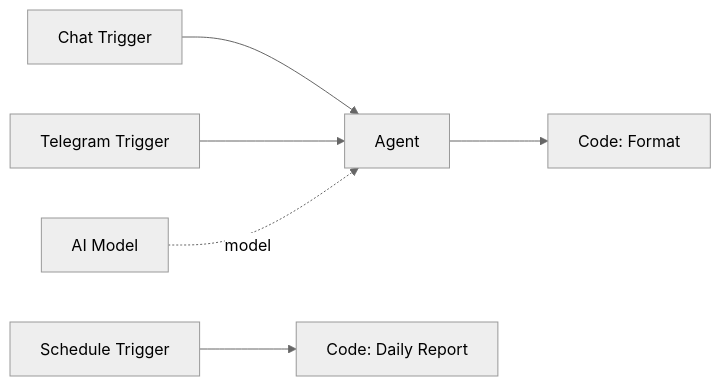
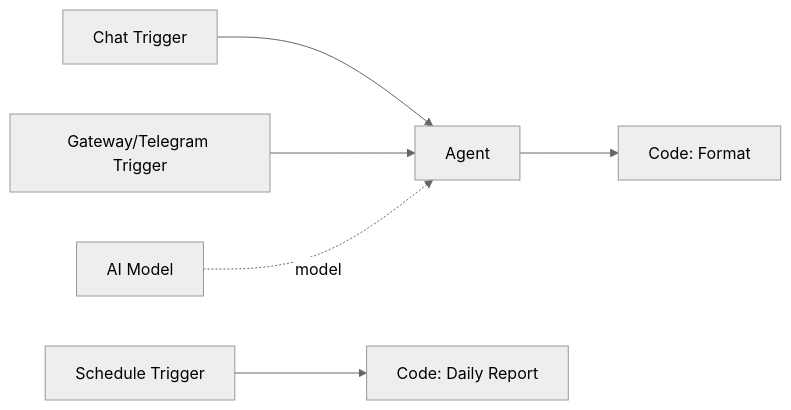
One commit to theuselessai/Pipelit changed the third of 3 diagrams in docs-site/docs/concepts/workflows.md. Above: the diagram before and after it, drawn with Mermaid (neutral theme). The commit also changed other lines of this file and 58 other files, not shown here.

````diff
--- a/docs-site/docs/concepts/workflows.md
+++ b/docs-site/docs/concepts/workflows.md
@@ -85,8 +85,8 @@
 ```mermaid
 flowchart LR
     TC[Chat Trigger] --> Agent
-    TT[Telegram Trigger] --> Agent
+    TT[Gateway/Telegram Trigger] --> Agent
     TS[Schedule Trigger] --> Reporter[Code: Daily Report]
     M[AI Model] -.->|model| Agent
     Agent --> Output[Code: Format]
 ```
````
